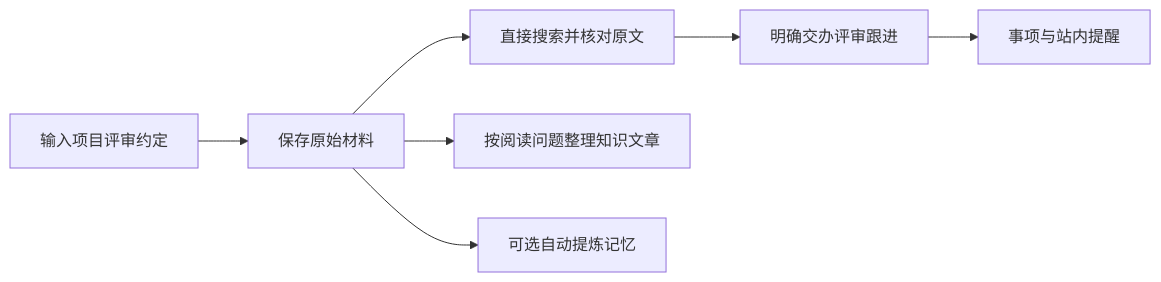
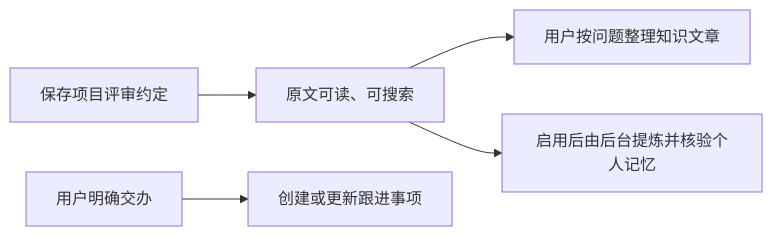
Before and after one commit to lejunyang/omem: the diagram in .repo-review/knowledge/articles/e3a688af2ed1ce2734e7f6a41ed91e4369645398f90a03e28b92c27028f48e1f.md, drawn with Mermaid. The commit also changed other lines of this file and 4 other files, not shown here.

````diff
--- a/.repo-review/knowledge/articles/e3a688af2ed1ce2734e7f6a41ed91e4369645398f90a03e28b92c27028f48e1f.md
+++ b/.repo-review/knowledge/articles/e3a688af2ed1ce2734e7f6a41ed91e4369645398f90a03e28b92c27028f48e1f.md
@@ -25,9 +52,7 @@
 ```mermaid
 flowchart LR
-  A[输入项目评审约定] --> B[保存原始材料]
-  B --> C[直接搜索并核对原文]
-  B --> D[按阅读问题整理知识文章]
-  B --> E[可选自动提炼记忆]
-  C --> F[明确交办评审跟进]
-  F --> G[事项与站内提醒]
+  A[保存项目评审约定] --> B[原文可读、可搜索]
+  B --> C[用户按问题整理知识文章]
+  B --> D[启用后由后台提炼并核验个人记忆]
+  E[用户明确交办] --> F[创建或更新跟进事项]
 ```
````
